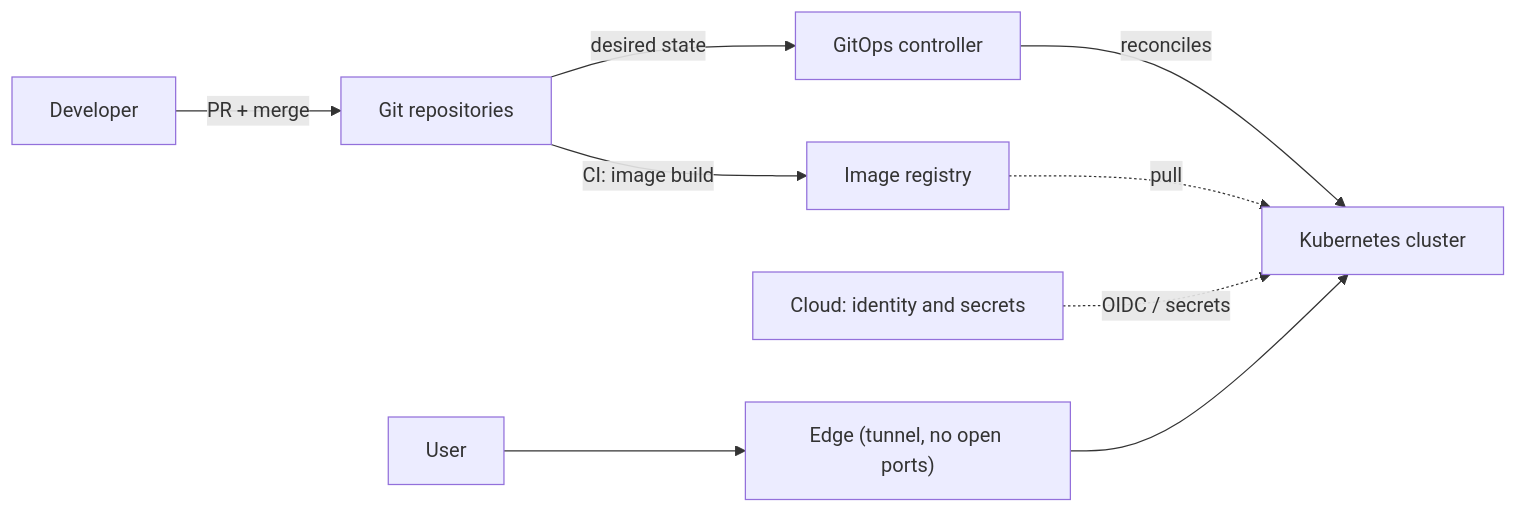
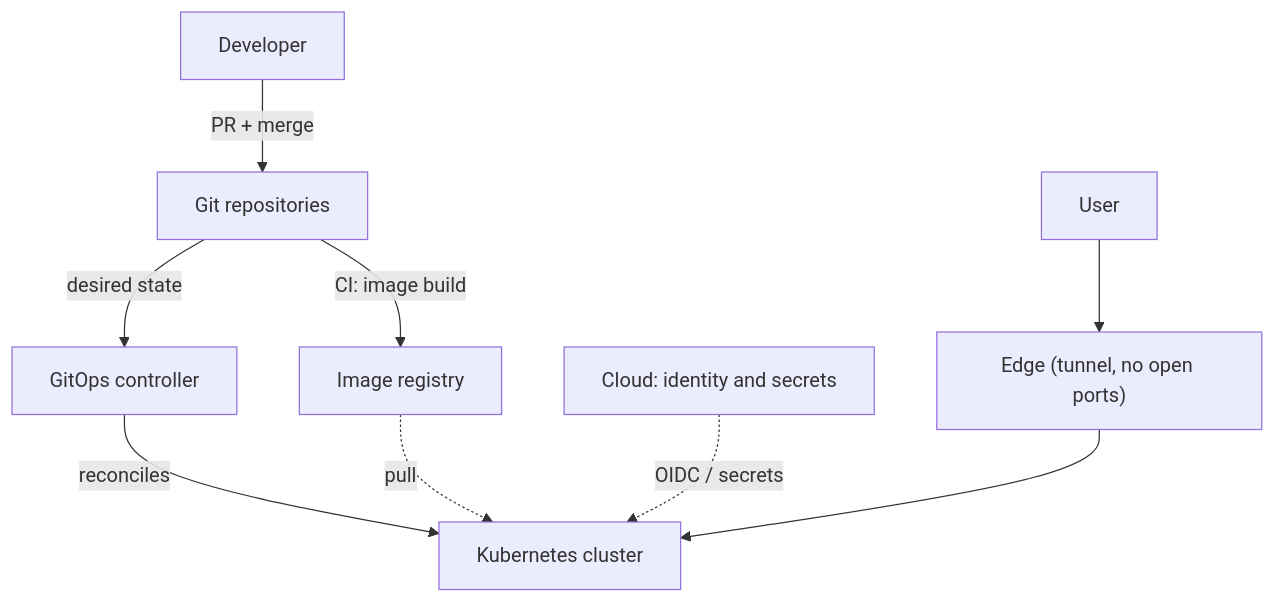
The diagram in docs/index.en.md (cmoreira-dev/docs.cmoreira.dev), drawn with Mermaid before and after one commit. The commit also changed 12 other files, not shown here.

First line of the commit message:
docs: add cluster OS, observability, GPU and LLM gateway patterns; About page; vertical home diagram

````diff
--- a/docs/index.en.md
+++ b/docs/index.en.md
@@ -15,10 +15,10 @@
 ```mermaid
-flowchart LR
+flowchart TB
     dev["Developer"] -- "PR + merge" --> git["Git repositories"]
     git -- "CI: image build" --> reg["Image registry"]
     git -- "desired state" --> argo["GitOps controller"]
     argo -- "reconciles" --> k8s["Kubernetes cluster"]
     reg -. "pull" .-> k8s
     cloud["Cloud: identity and secrets"] -. "OIDC / secrets" .-> k8s
     user["User"] --> edge["Edge (tunnel, no open ports)"] --> k8s
 ```
````
